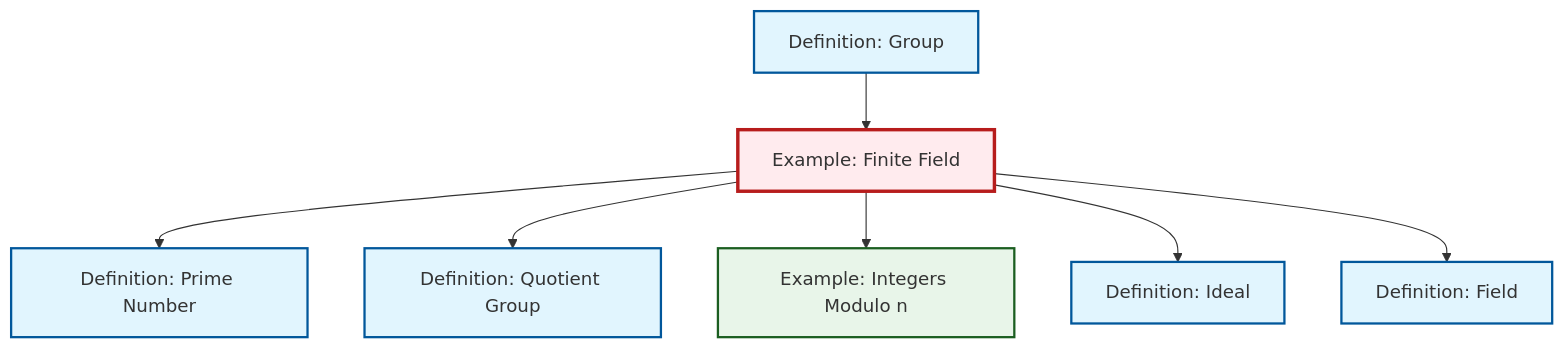
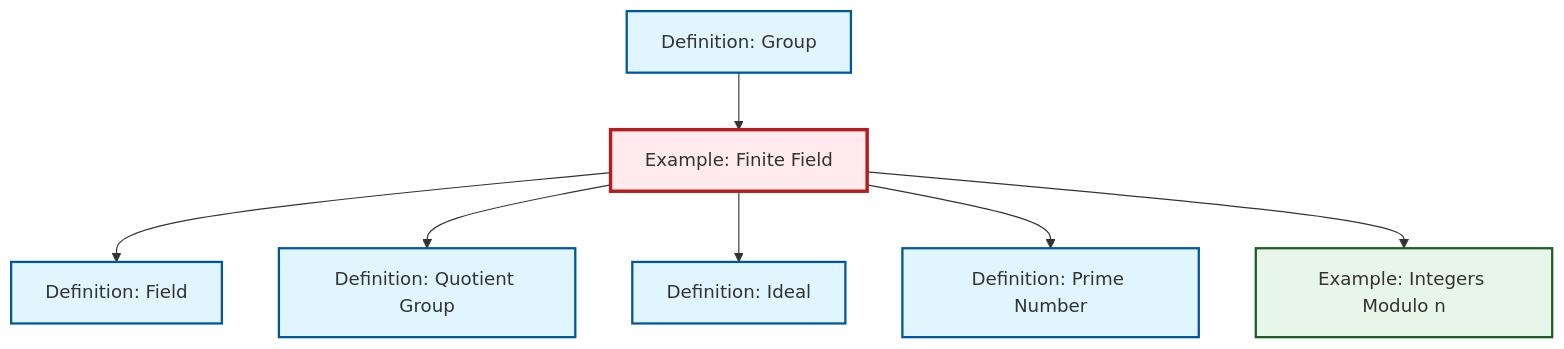
Before and after one commit to RK0429/ModernMath: the diagram in content/en/algebra/ex-finite-field.qmd, drawn with Mermaid. The commit also changed other lines of this file and 491 other files, not shown here.

````diff
--- a/content/en/algebra/ex-finite-field.qmd
+++ b/content/en/algebra/ex-finite-field.qmd
@@ -64,29 +64,29 @@
 ```{mermaid}
 %%| fig-cap: "Local dependency graph"
 graph TD
     classDef definition fill:#e1f5fe,stroke:#01579b,stroke-width:2px
     classDef theorem fill:#f3e5f5,stroke:#4a148c,stroke-width:2px
     classDef axiom fill:#fff3e0,stroke:#e65100,stroke-width:2px
     classDef example fill:#e8f5e9,stroke:#1b5e20,stroke-width:2px
     classDef current fill:#ffebee,stroke:#b71c1c,stroke-width:3px
+    ex-quotient-integers-mod-n["Example: Integers Modulo n"]:::example
     ex-finite-field["Example: Finite Field"]:::example
+    def-field["Definition: Field"]:::definition
     def-group["Definition: Group"]:::definition
     def-ideal["Definition: Ideal"]:::definition
-    def-field["Definition: Field"]:::definition
-    ex-quotient-integers-mod-n["Example: Integers Modulo n"]:::example
     def-prime["Definition: Prime Number"]:::definition
     def-quotient-group["Definition: Quotient Group"]:::definition
+    ex-finite-field --> def-field
+    ex-finite-field --> def-quotient-group
+    ex-finite-field --> def-ideal
     ex-finite-field --> def-prime
-    ex-finite-field --> def-quotient-group
     ex-finite-field --> ex-quotient-integers-mod-n
     def-group --> ex-finite-field
-    ex-finite-field --> def-ideal
-    ex-finite-field --> def-field
     class ex-finite-field current
+    click ex-quotient-integers-mod-n "ex-quotient-integers-mod-n.html" "Go to Integers Modulo n example"
+    click def-field "def-field.html" "Go to Field definition"
     click def-group "def-group.html" "Go to Group definition"
     click def-ideal "def-ideal.html" "Go to Ideal definition"
-    click def-field "def-field.html" "Go to Field definition"
-    click ex-quotient-integers-mod-n "ex-quotient-integers-mod-n.html" "Go to Integers Modulo n example"
     click def-prime "def-prime.html" "Go to Prime Number definition"
     click def-quotient-group "def-quotient-group.html" "Go to Quotient Group definition"
 ```
````
